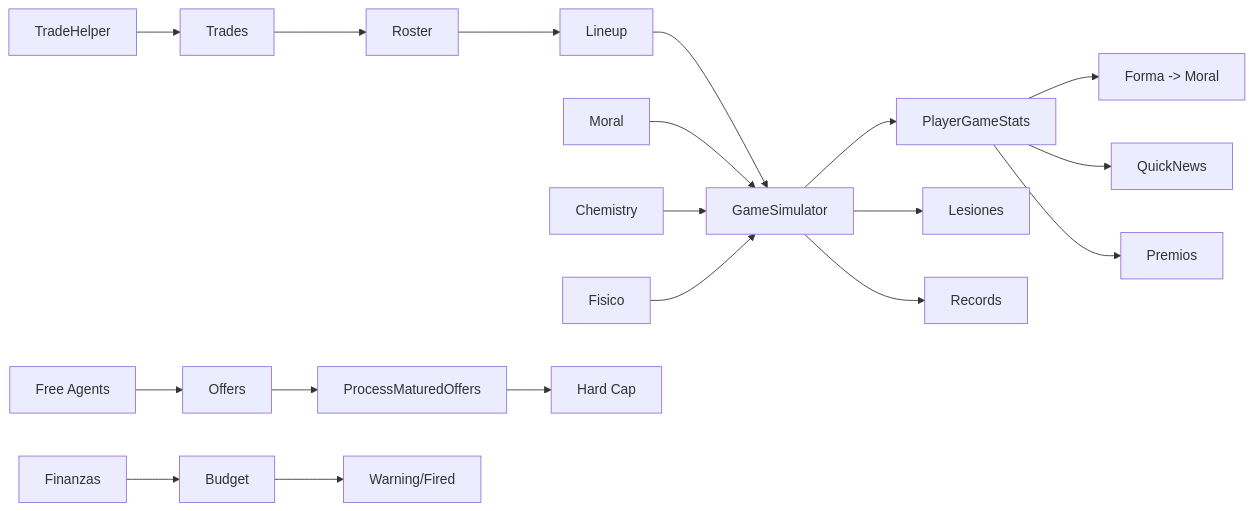
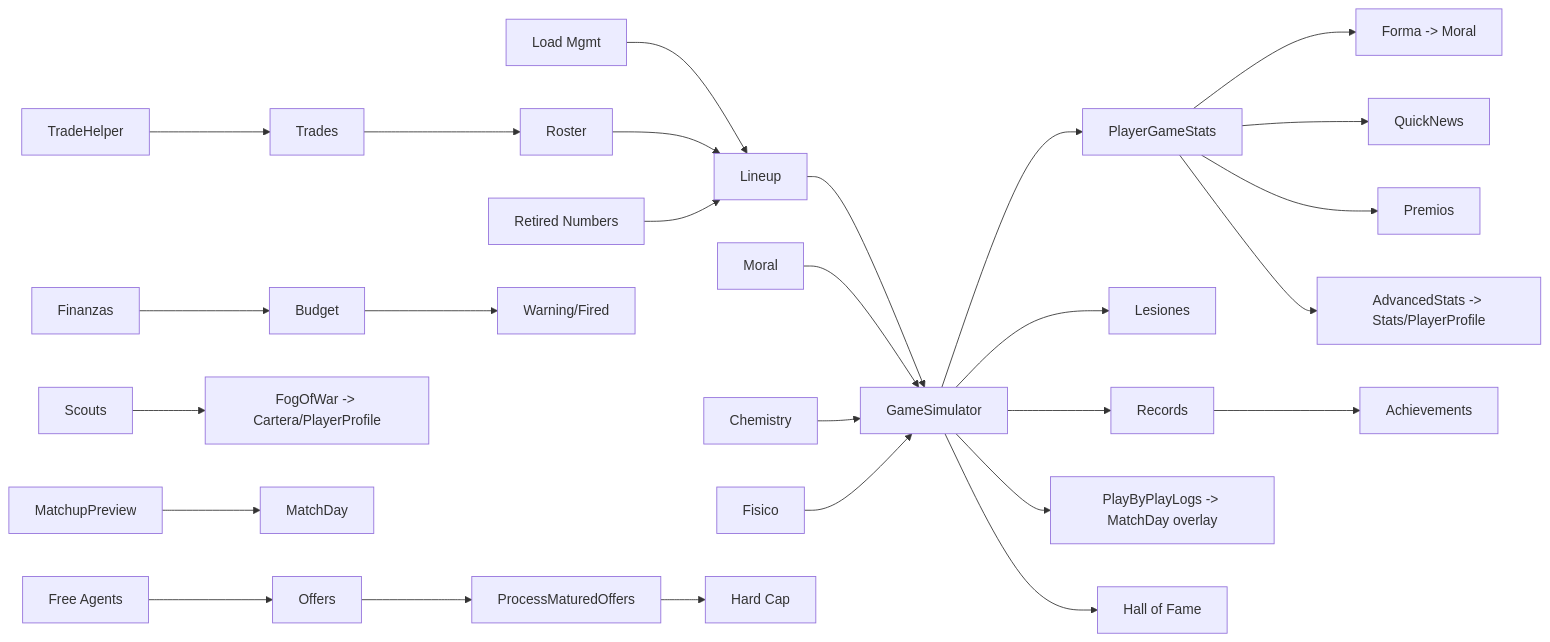
Before and after one commit to BuitragoDev/tactical-five-unity: the diagram in Docs/GAMEPLAY.md, drawn with Mermaid. The commit also changed other lines of this file and 20 other files, not shown here.

````diff
--- a/Docs/GAMEPLAY.md
+++ b/Docs/GAMEPLAY.md
@@ -192,21 +205,29 @@
 ```mermaid
 flowchart LR
     LINE[Lineup] --> SIM[GameSimulator]
     MOR[Moral] --> SIM
     CHEM[Chemistry] --> SIM
     FAT[Fisico] --> SIM
+    LM[Load Mgmt] --> LINE
     SIM --> STATS[PlayerGameStats]
     SIM --> INJ[Lesiones]
     SIM --> REC[Records]
+    SIM --> PBP[PlayByPlayLogs -> MatchDay overlay]
     STATS --> FORM[Forma -> Moral]
     STATS --> NEWS[QuickNews]
     STATS --> AWARDS[Premios]
+    STATS --> ADV[AdvancedStats -> Stats/PlayerProfile]
     FA[Free Agents] --> OFF[Offers]
     OFF --> MAT[ProcessMaturedOffers]
     MAT --> HS[Hard Cap]
     TRADE[TradeHelper] --> TRADES[Trades]
     TRADES --> ROSTER[Roster]
     ROSTER --> LINE
+    SCOUT[Scouts] --> FOG[FogOfWar -> Cartera/PlayerProfile]
+    MVP[MatchupPreview] --> MATCHDAY[MatchDay]
     FIN[Finanzas] --> BUD[Budget]
     BUD --> WARN[Warning/Fired]
+    REC --> ACH[Achievements]
+    SIM --> HOF[Hall of Fame]
+    RET[Retired Numbers] --> LINE
 ```
````
